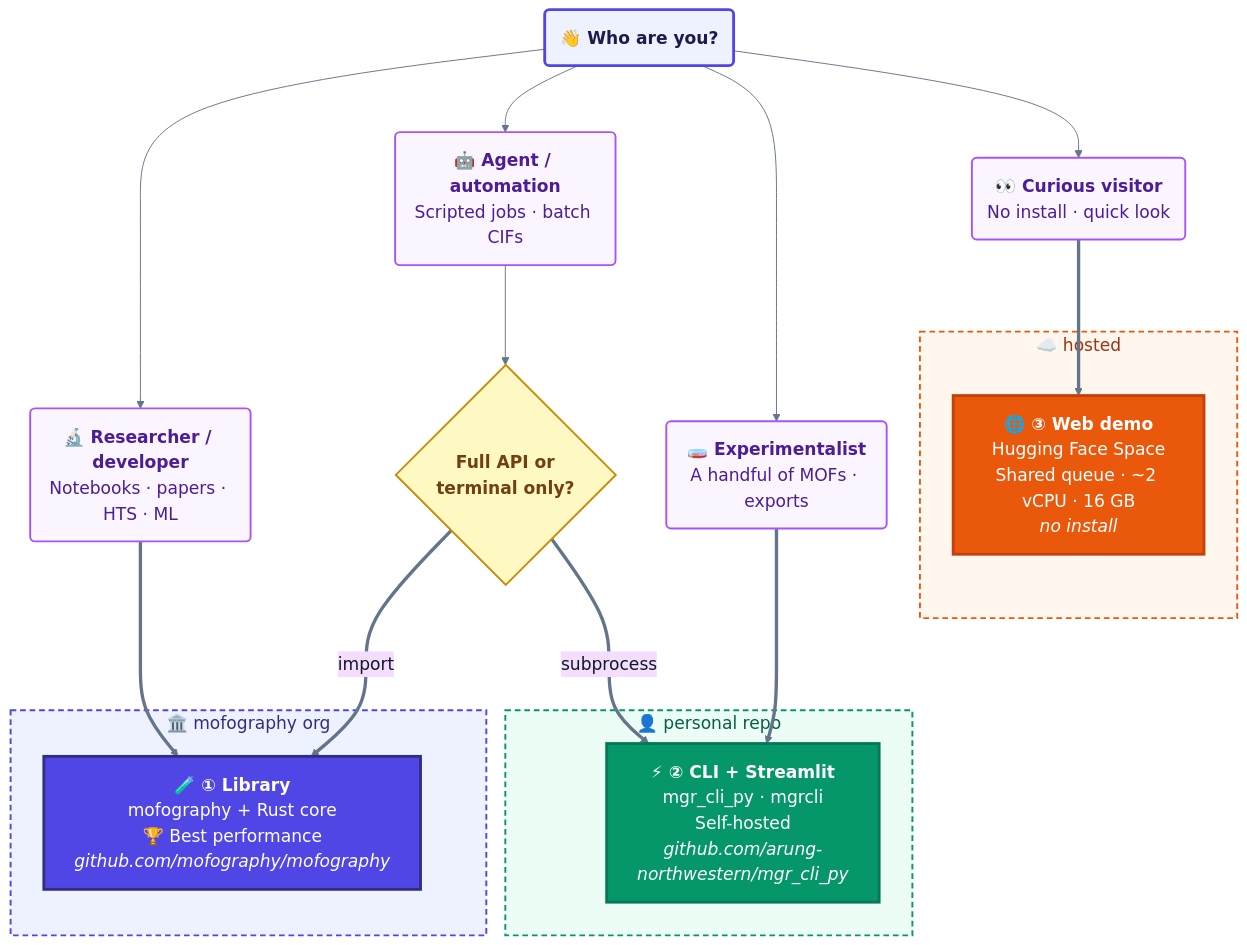
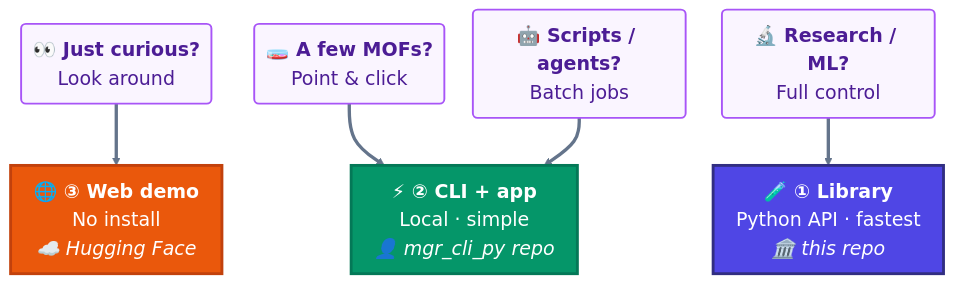
The diagram in README.md (mofography/mofography), drawn with Mermaid before and after one commit.

Commit message:
README: compact one-glance chooser flowchart

````diff
--- a/README.md
+++ b/README.md
@@ -43,47 +43,26 @@
 ```mermaid
-%%{init: {'theme': 'base', 'themeVariables': {'fontSize': '18px', 'fontFamily': 'Helvetica, Arial, sans-serif', 'primaryTextColor': '#0f172a', 'lineColor': '#64748b'}, 'flowchart': {'htmlLabels': true, 'curve': 'basis', 'nodeSpacing': 50, 'rankSpacing': 70, 'padding': 16}}}%%
+%%{init: {'theme': 'base', 'themeVariables': {'fontSize': '20px', 'fontFamily': 'Helvetica, Arial, sans-serif', 'primaryTextColor': '#0f172a', 'lineColor': '#64748b'}, 'flowchart': {'htmlLabels': true, 'curve': 'basis', 'nodeSpacing': 30, 'rankSpacing': 50, 'padding': 12}}}%%
 flowchart TB
-  YOU("<b>👋 Who are you?</b>")
+  V("<b>👀 Just curious?</b><br/>Look around")
+  E("<b>🧫 A few MOFs?</b><br/>Point & click")
+  G("<b>🤖 Scripts / agents?</b><br/>Batch jobs")
+  R("<b>🔬 Research / ML?</b><br/>Full control")
 
-  YOU --> R("<b>🔬 Researcher / developer</b><br/>Notebooks · papers · HTS · ML")
-  YOU --> G("<b>🤖 Agent / automation</b><br/>Scripted jobs · batch CIFs")
-  YOU --> E("<b>🧫 Experimentalist</b><br/>A handful of MOFs · exports")
-  YOU --> V("<b>👀 Curious visitor</b><br/>No install · quick look")
+  HF["<b>🌐 ③ Web demo</b><br/>No install<br/><i>☁️ Hugging Face</i>"]
+  CLI["<b>⚡ ② CLI + app</b><br/>Local · simple<br/><i>👤 mgr_cli_py repo</i>"]
+  LIB["<b>🧪 ① Library</b><br/>Python API · fastest<br/><i>🏛️ this repo</i>"]
 
-  PICK{"<b>Full API or<br/>terminal only?</b>"}
-  G --> PICK
+  V ==> HF
+  E ==> CLI
+  G ==> CLI
+  R ==> LIB
 
-  subgraph ORG ["🏛️ mofography org"]
-    LIB["<b>🧪 ① Library</b><br/>mofography + Rust core<br/>🏆 Best performance<br/><i>github.com/mofography/mofography</i>"]
-  end
-  subgraph PERS ["👤 personal repo"]
-    CLI["<b>⚡ ② CLI + Streamlit</b><br/>mgr_cli_py · mgrcli<br/>Self-hosted<br/><i>github.com/arung-northwestern/mgr_cli_py</i>"]
-  end
-  subgraph HOST ["☁️ hosted"]
-    HF["<b>🌐 ③ Web demo</b><br/>Hugging Face Space<br/>Shared queue · ~2 vCPU · 16 GB<br/><i>no install</i>"]
-  end
-
-  R ==> LIB
-  PICK ==>|"import"| LIB
-  PICK ==>|"subprocess"| CLI
-  E ==> CLI
-  V ==> HF
-
-  classDef you fill:#eef2ff,stroke:#4f46e5,color:#1e1b4b,stroke-width:3px
   classDef audience fill:#faf5ff,stroke:#a855f7,color:#4c1d95,stroke-width:2px
   classDef lib fill:#4f46e5,stroke:#312e81,color:#ffffff,stroke-width:3px
   classDef cli fill:#059669,stroke:#047857,color:#ffffff,stroke-width:3px
   classDef hf fill:#ea580c,stroke:#c2410c,color:#ffffff,stroke-width:3px
-  classDef branch fill:#fef9c3,stroke:#ca8a04,color:#713f12,stroke-width:2px
-
-  class YOU you
-  class R,E,V,G audience
+  class V,E,G,R audience
   class LIB lib
   class CLI cli
   class HF hf
-  class PICK branch
-
-  style ORG fill:#eef2ff,stroke:#4f46e5,stroke-width:2px,stroke-dasharray:6 4,color:#312e81
-  style PERS fill:#ecfdf5,stroke:#059669,stroke-width:2px,stroke-dasharray:6 4,color:#065f46
-  style HOST fill:#fff7ed,stroke:#ea580c,stroke-width:2px,stroke-dasharray:6 4,color:#9a3412
 ```
````
